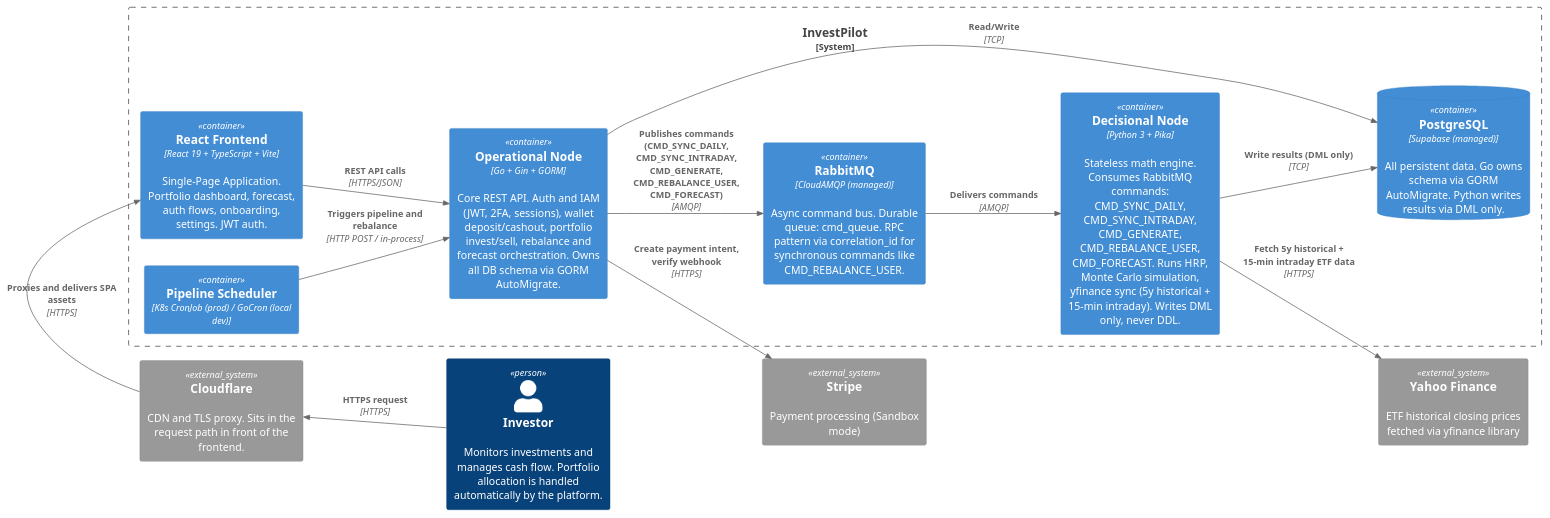
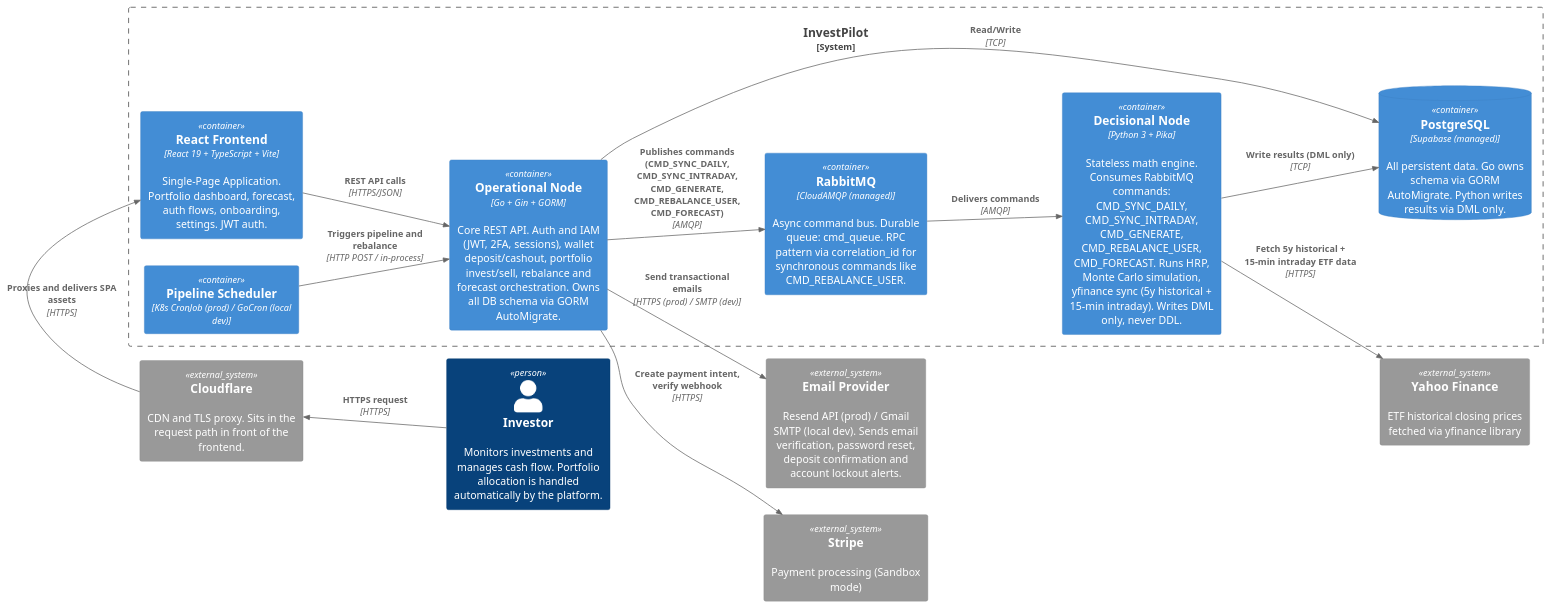
One commit to andreiOpran/InvestPilot changed the diagram in docs/diagrams/c4-container.puml. Above: the diagram before and after it, drawn with PlantUML. The commit also changed 3 other files, not shown here.

Commit message:
[FEAT] diagrams add emailer

```diff
--- a/docs/diagrams/c4-container.puml
+++ b/docs/diagrams/c4-container.puml
@@ -1,39 +1,43 @@
 @startuml InvestPilot-C4-L2
 !include https://raw.githubusercontent.com/plantuml-stdlib/C4-PlantUML/master/C4_Container.puml
 
 LAYOUT_LANDSCAPE()
 
 Person(investor, "Investor", "Monitors investments and manages cash flow. Portfolio allocation is handled automatically by the platform.")
 
 System_Ext(cloudflare, "Cloudflare", "CDN and TLS proxy. Sits in the request path in front of the frontend.")
 System_Ext(stripe, "Stripe", "Payment processing (Sandbox mode)")
 System_Ext(yfinance, "Yahoo Finance", "ETF historical closing prices fetched via yfinance library")
+System_Ext(mailer, "Email Provider", "Resend API (prod) / Gmail SMTP (local dev). Sends email verification, password reset, deposit confirmation and account lockout alerts.")
 
 System_Boundary(investpilot, "InvestPilot") {
 
     Container(spa, "React Frontend", "React 19 + TypeScript + Vite", "Single-Page Application. Portfolio dashboard, forecast, auth flows, onboarding, settings. JWT auth.")
 
     Container(operational, "Operational Node", "Go + Gin + GORM", "Core REST API. Auth and IAM (JWT, 2FA, sessions), wallet deposit/cashout, portfolio invest/sell, rebalance and forecast orchestration. Owns all DB schema via GORM AutoMigrate.")
 
     Container(decisional, "Decisional Node", "Python 3 + Pika", "Stateless math engine. Consumes RabbitMQ commands: CMD_SYNC_DAILY, CMD_SYNC_INTRADAY, CMD_GENERATE, CMD_REBALANCE_USER, CMD_FORECAST. Runs HRP, Monte Carlo simulation, yfinance sync (5y historical + 15-min intraday). Writes DML only, never DDL.")
 
     Container(scheduler, "Pipeline Scheduler", "K8s CronJob (prod) / GoCron (local dev)")
 
     Container(rabbitmq, "RabbitMQ", "CloudAMQP (managed)", "Async command bus. Durable queue: cmd_queue. RPC pattern via correlation_id for synchronous commands like CMD_REBALANCE_USER.")
 
     ContainerDb(postgres, "PostgreSQL", "Supabase (managed)", "All persistent data. Go owns schema via GORM AutoMigrate. Python writes results via DML only.")
 }
 
 ' Relationships
 Rel_L(investor, cloudflare, "HTTPS request", "HTTPS")
 Rel_U(cloudflare, spa, "Proxies and delivers SPA assets", "HTTPS")
 Rel(spa, operational, "REST API calls", "HTTPS/JSON")
 Rel(operational, rabbitmq, "Publishes commands (CMD_SYNC_DAILY, CMD_SYNC_INTRADAY, CMD_GENERATE, CMD_REBALANCE_USER, CMD_FORECAST)", "AMQP")
 Rel(rabbitmq, decisional, "Delivers commands", "AMQP")
 Rel(scheduler, operational, "Triggers pipeline and rebalance", "HTTP POST / in-process")
 Rel(operational, postgres, "Read/Write", "TCP")
 Rel(decisional, postgres, "Write results (DML only)", "TCP")
 Rel(operational, stripe, "Create payment intent, verify webhook", "HTTPS")
 Rel(decisional, yfinance, "Fetch 5y historical + 15-min intraday ETF data", "HTTPS")
+Rel(operational, mailer, "Send transactional emails", "HTTPS (prod) / SMTP (dev)")
+
+Lay_R(mailer, stripe)
 
 @enduml
```
